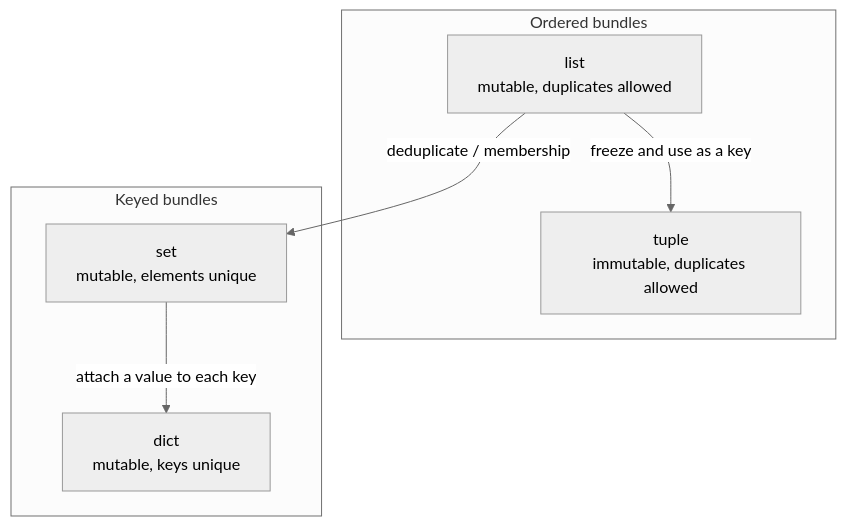
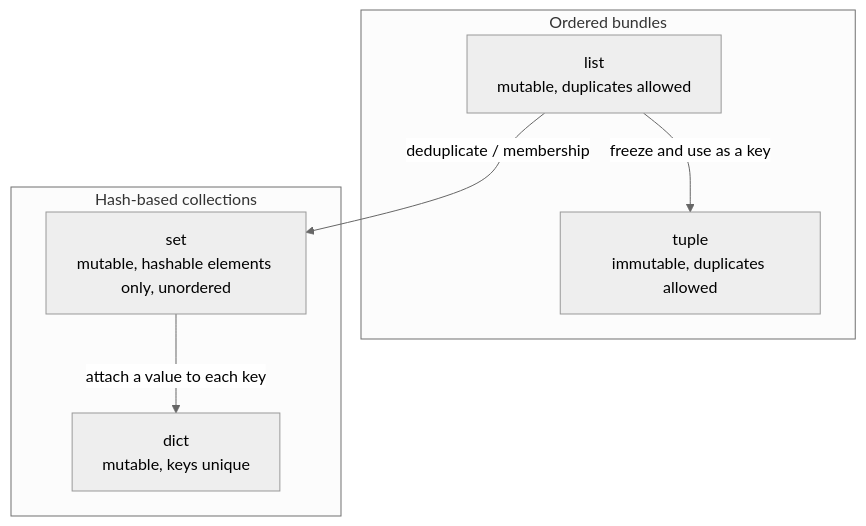
One commit to yeongseon-books/book-content changed the diagram in content/python-101/en/04-list-tuple-set-dict.md. Above: the diagram before and after it, drawn with Mermaid (neutral theme). The commit also changed other lines of this file and 1 other file, not shown here.

Commit message:
python-101 Ep4 v2: 2 Oracle precision fixes (96->100 target)
- Mental model: relabel 'Keyed bundles' -> 'Hash-based collections';
  set is unordered hashable-element collection, not keyed
- KO L329: fix mutable-default pattern (items or [] -> items if items is not None else [])
- Closing summary bullet rewritten to distinguish set (hash-based unique)
  from dict (key->value mapping)

````diff
--- a/content/python-101/en/04-list-tuple-set-dict.md
+++ b/content/python-101/en/04-list-tuple-set-dict.md
@@ -57,14 +57,14 @@
 ```mermaid
 flowchart TB
     subgraph Sequence["Ordered bundles"]
         L["list<br/>mutable, duplicates allowed"]
         T["tuple<br/>immutable, duplicates allowed"]
     end
-    subgraph KeyValue["Keyed bundles"]
+    subgraph HashBased["Hash-based collections"]
         D["dict<br/>mutable, keys unique"]
-        S["set<br/>mutable, elements unique"]
+        S["set<br/>mutable, hashable elements only, unordered"]
     end
     L -- "freeze and use as a key" --> T
     L -- "deduplicate / membership" --> S
     S -- "attach a value to each key" --> D
 ```
````
